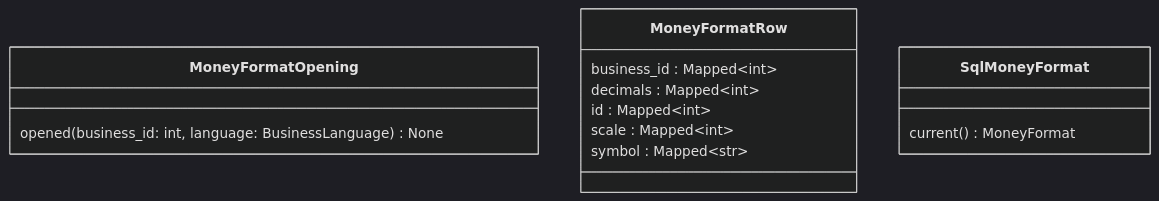
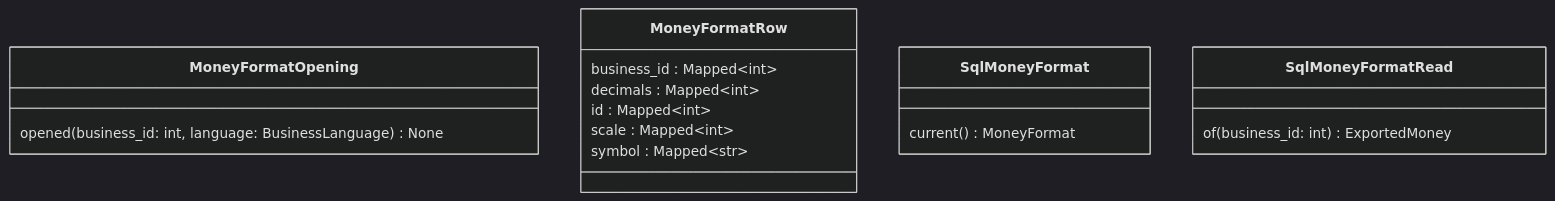
Before and after one commit to GonzaloZevallos/apostrophe: the second of 2 diagrams in docs/architecture/generated/classes/money_format.md, drawn with Mermaid (dark theme). The commit also changed other lines of this file and 1 other file, not shown here.

Commit message:
Refresh the generated architecture docs for the export's money format reader

````diff
--- a/docs/architecture/generated/classes/money_format.md
+++ b/docs/architecture/generated/classes/money_format.md
@@ -37,16 +40,19 @@
 ```mermaid
 classDiagram
   class MoneyFormatOpening {
     opened(business_id: int, language: BusinessLanguage) None
   }
   class MoneyFormatRow {
     business_id : Mapped~int~
     decimals : Mapped~int~
     id : Mapped~int~
     scale : Mapped~int~
     symbol : Mapped~str~
   }
   class SqlMoneyFormat {
     current() MoneyFormat
   }
+  class SqlMoneyFormatRead {
+    of(business_id: int) ExportedMoney
+  }
 ```
````
